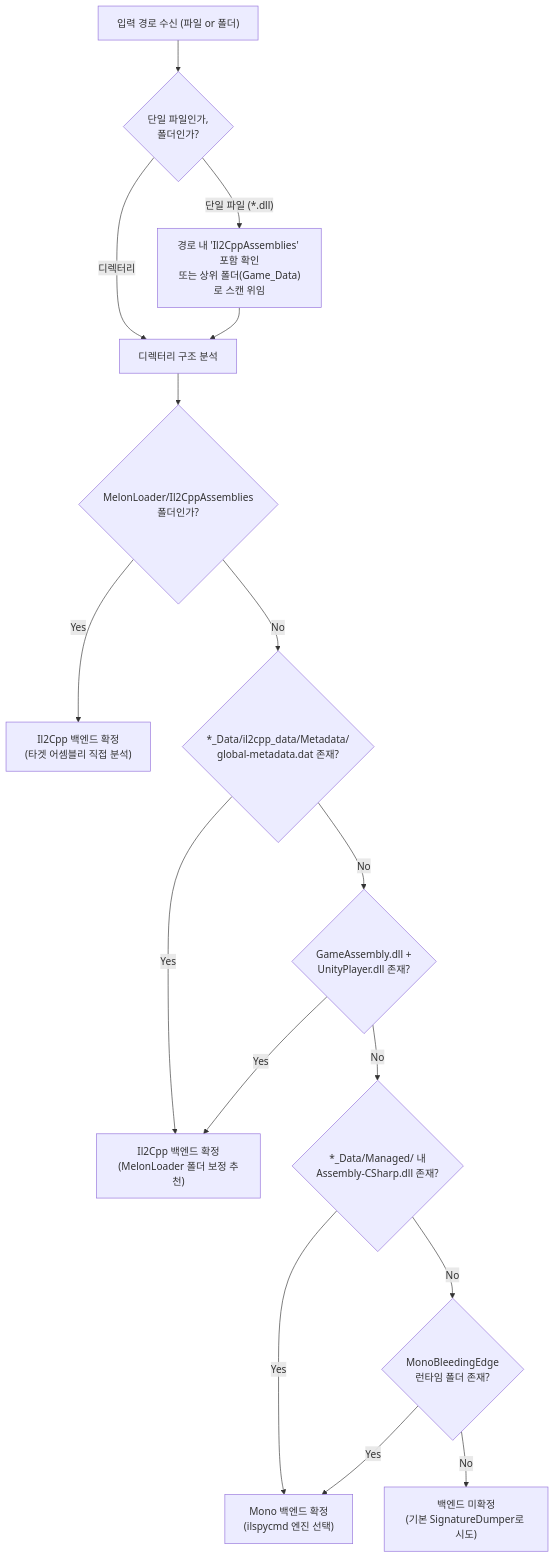
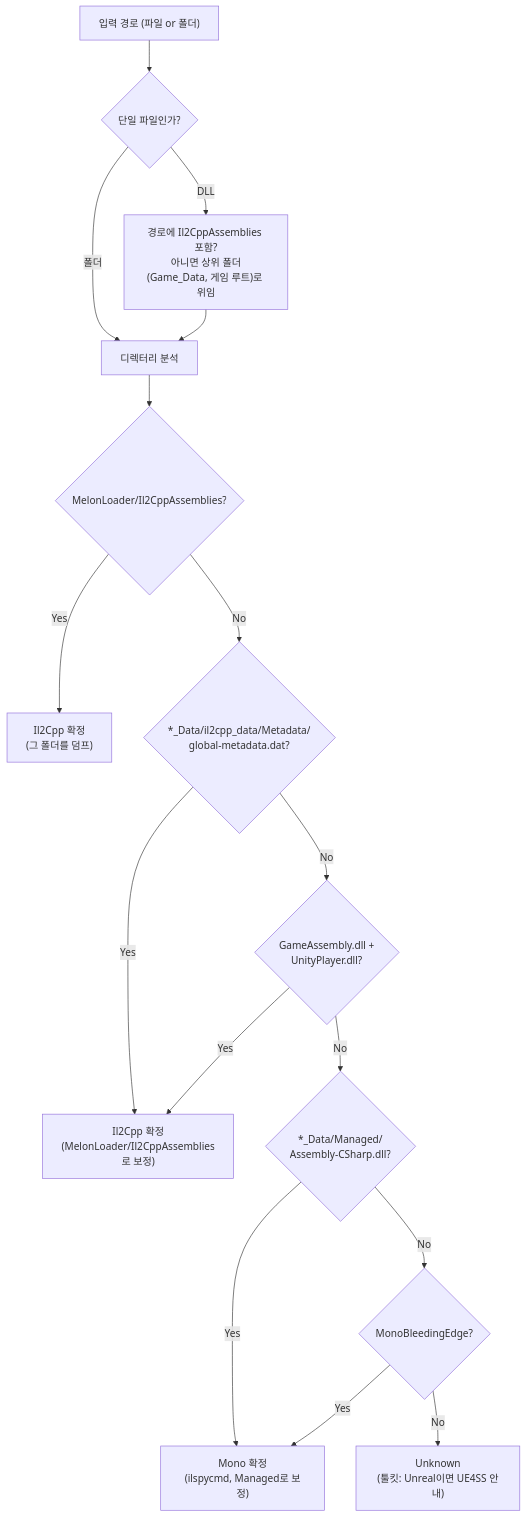
Before and after one commit to magjangin/modding-support-tool: the second of 6 diagrams in docs/architecture.md, drawn with Mermaid. The commit also changed other lines of this file and 5 other files, not shown here.

````diff
--- a/docs/architecture.md
+++ b/docs/architecture.md
@@ -50,25 +67,20 @@
 ```mermaid
 flowchart TD
-    Start["입력 경로 수신 (파일 or 폴더)"] --> CheckPath{"단일 파일인가,\n폴더인가?"}
-    
-    CheckPath -- "단일 파일 (*.dll)" --> CheckParent["경로 내 'Il2CppAssemblies' 포함 확인\n또는 상위 폴더(Game_Data)로 스캔 위임"]
-    CheckPath -- "디렉터리" --> ScanDir["디렉터리 구조 분석"]
-    
+    Start["입력 경로 (파일 or 폴더)"] --> CheckPath{"단일 파일인가?"}
+
+    CheckPath -- "DLL" --> CheckParent["경로에 Il2CppAssemblies 포함?<br/>아니면 상위 폴더(Game_Data, 게임 루트)로 위임"]
+    CheckPath -- "폴더" --> ScanDir["디렉터리 분석"]
     CheckParent --> ScanDir
 
-    ScanDir --> Check1{"MelonLoader/Il2CppAssemblies\n폴더인가?"}
-    Check1 -- Yes --> Il2CppFound["Il2Cpp 백엔드 확정\n(타겟 어셈블리 직접 분석)"]
-    Check1 -- No --> Check2{"*_Data/il2cpp_data/Metadata/\nglobal-metadata.dat 존재?"}
-    
-    Check2 -- Yes --> Il2CppFound2["Il2Cpp 백엔드 확정\n(MelonLoader 폴더 보정 추천)"]
-    Check2 -- No --> Check3{"GameAssembly.dll +\nUnityPlayer.dll 존재?"}
-    
+    ScanDir --> Check1{"MelonLoader/Il2CppAssemblies?"}
+    Check1 -- Yes --> Il2CppFound["Il2Cpp 확정<br/>(그 폴더를 덤프)"]
+    Check1 -- No --> Check2{"*_Data/il2cpp_data/Metadata/<br/>global-metadata.dat?"}
+    Check2 -- Yes --> Il2CppFound2["Il2Cpp 확정<br/>(MelonLoader/Il2CppAssemblies로 보정)"]
+    Check2 -- No --> Check3{"GameAssembly.dll +<br/>UnityPlayer.dll?"}
     Check3 -- Yes --> Il2CppFound2
-    Check3 -- No --> Check4{"*_Data/Managed/ 내\nAssembly-CSharp.dll 존재?"}
-    
-    Check4 -- Yes --> MonoFound["Mono 백엔드 확정\n(ilspycmd 엔진 선택)"]
-    Check4 -- No --> Check5{"MonoBleedingEdge\n런타임 폴더 존재?"}
-    
+    Check3 -- No --> Check4{"*_Data/Managed/<br/>Assembly-CSharp.dll?"}
+    Check4 -- Yes --> MonoFound["Mono 확정<br/>(ilspycmd, Managed로 보정)"]
+    Check4 -- No --> Check5{"MonoBleedingEdge?"}
     Check5 -- Yes --> MonoFound
-    Check5 -- No --> Unknown["백엔드 미확정\n(기본 SignatureDumper로 시도)"]
+    Check5 -- No --> Unknown["Unknown<br/>(툴킷: Unreal이면 UE4SS 안내)"]
 ```
````
